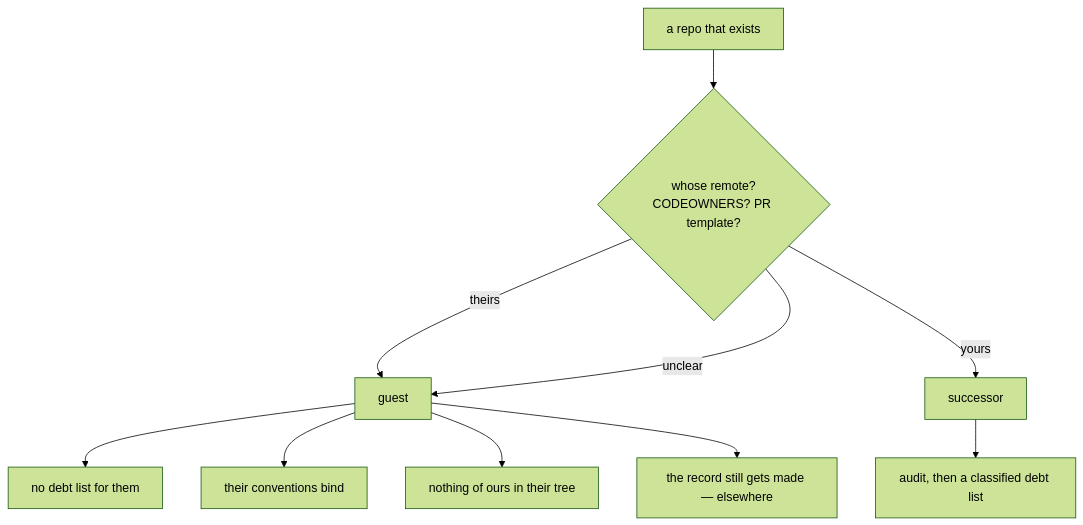
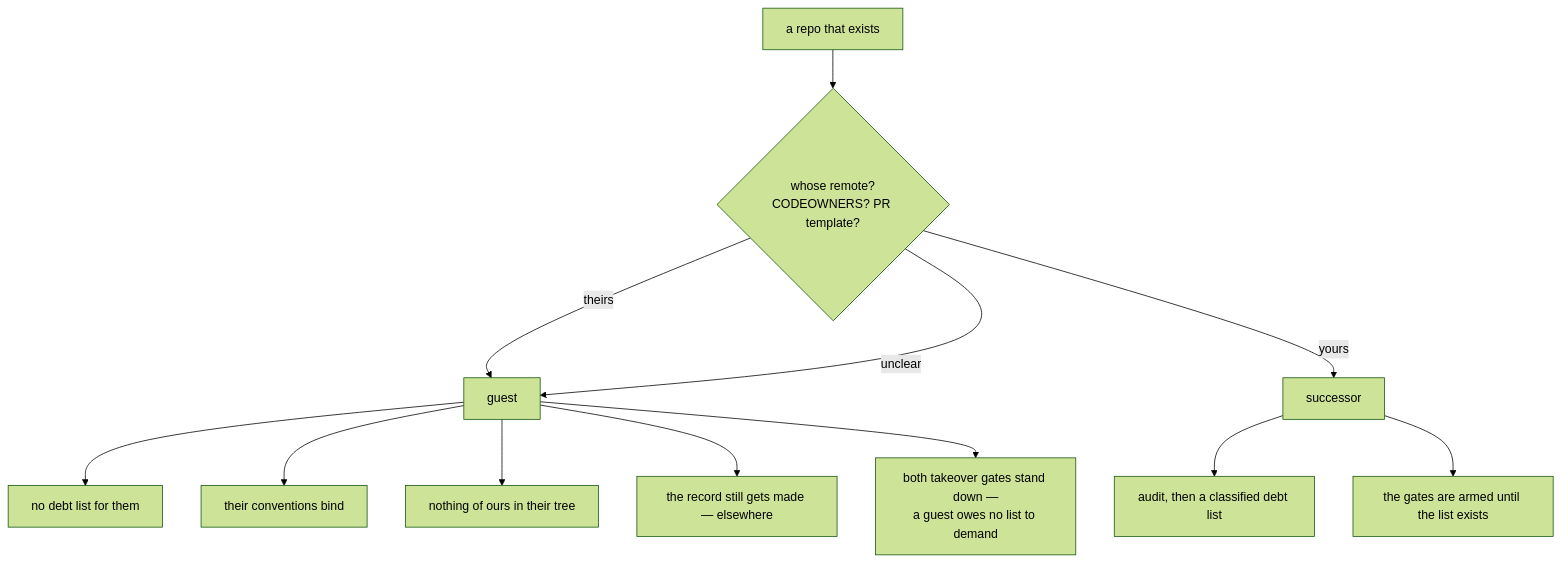
Before and after one commit to jamillazarev/opsinist: diagram 15 of 21 in diagrams.md, drawn with Mermaid (forest theme). The commit also changed other lines of this file and 27 other files, not shown here.

````diff
--- a/diagrams.md
+++ b/diagrams.md
@@ -290,12 +298,14 @@
 ```mermaid
 flowchart TD
   ARR[a repo that exists] --> R{whose remote?<br/>CODEOWNERS? PR template?}
   R -- theirs --> GU[guest]
   R -- yours --> SU[successor]
   R -- unclear --> GU
   GU --> G1[no debt list for them]
   GU --> G2[their conventions bind]
   GU --> G3[nothing of ours in their tree]
   GU --> G4[the record still gets made — elsewhere]
+  GU --> G5[both takeover gates stand down —<br/>a guest owes no list to demand]
   SU --> S1[audit, then a classified debt list]
+  SU --> S2[the gates are armed until the list exists]
 ```
````
